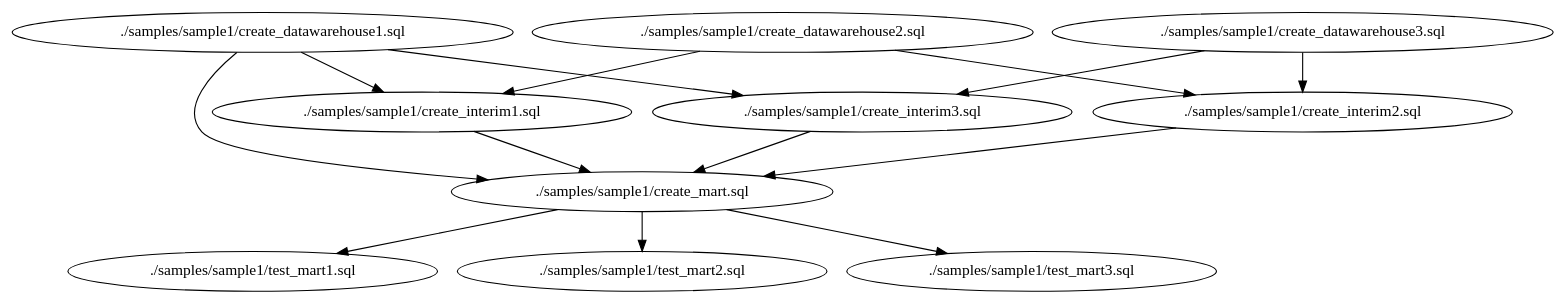
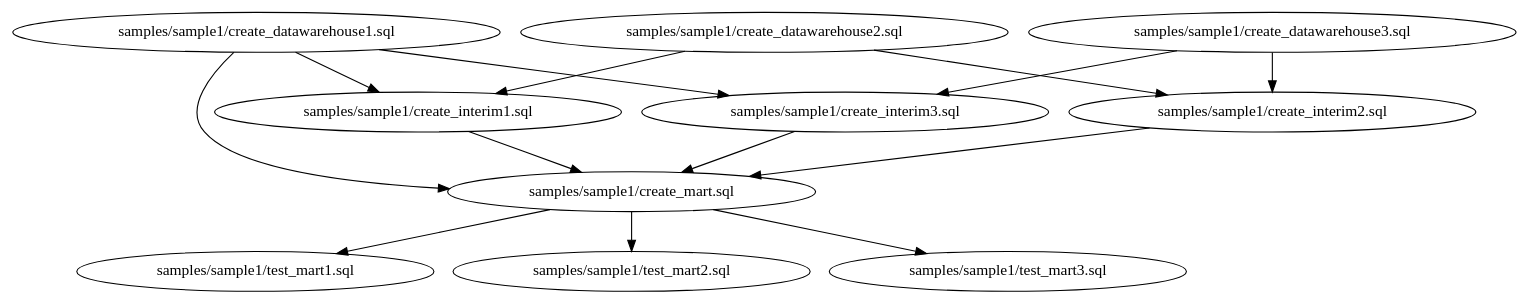
One commit to Matts966/alphasql changed the diagram in samples/sample1/dag.dot. Above: the diagram before and after it, drawn with Graphviz. The commit also changed 18 other files, not shown here.

```diff
--- a/samples/sample1/dag.dot
+++ b/samples/sample1/dag.dot
@@ -1,25 +1,25 @@
 digraph G {
-0[label="./samples/sample1/create_datawarehouse1.sql"];
-1[label="./samples/sample1/create_datawarehouse2.sql"];
-2[label="./samples/sample1/create_datawarehouse3.sql"];
-3[label="./samples/sample1/create_interim1.sql"];
-4[label="./samples/sample1/create_interim2.sql"];
-5[label="./samples/sample1/create_interim3.sql"];
-6[label="./samples/sample1/create_mart.sql"];
-7[label="./samples/sample1/test_mart1.sql"];
-8[label="./samples/sample1/test_mart2.sql"];
-9[label="./samples/sample1/test_mart3.sql"];
+0[label="samples/sample1/create_datawarehouse1.sql"];
+1[label="samples/sample1/create_datawarehouse2.sql"];
+2[label="samples/sample1/create_datawarehouse3.sql"];
+3[label="samples/sample1/create_interim1.sql"];
+4[label="samples/sample1/create_interim2.sql"];
+5[label="samples/sample1/create_interim3.sql"];
+6[label="samples/sample1/create_mart.sql"];
+7[label="samples/sample1/test_mart1.sql"];
+8[label="samples/sample1/test_mart2.sql"];
+9[label="samples/sample1/test_mart3.sql"];
 0->3 ;
 0->5 ;
 0->6 ;
 1->3 ;
 1->4 ;
 2->5 ;
 2->4 ;
 3->6 ;
 4->6 ;
 5->6 ;
 6->9 ;
 6->8 ;
 6->7 ;
 }
```
